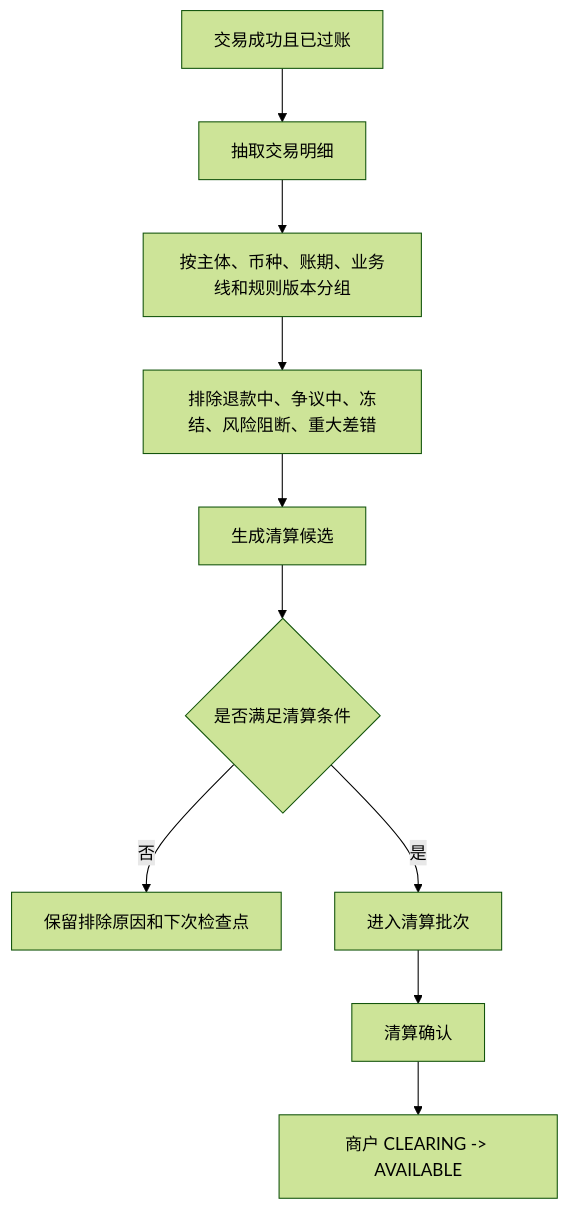
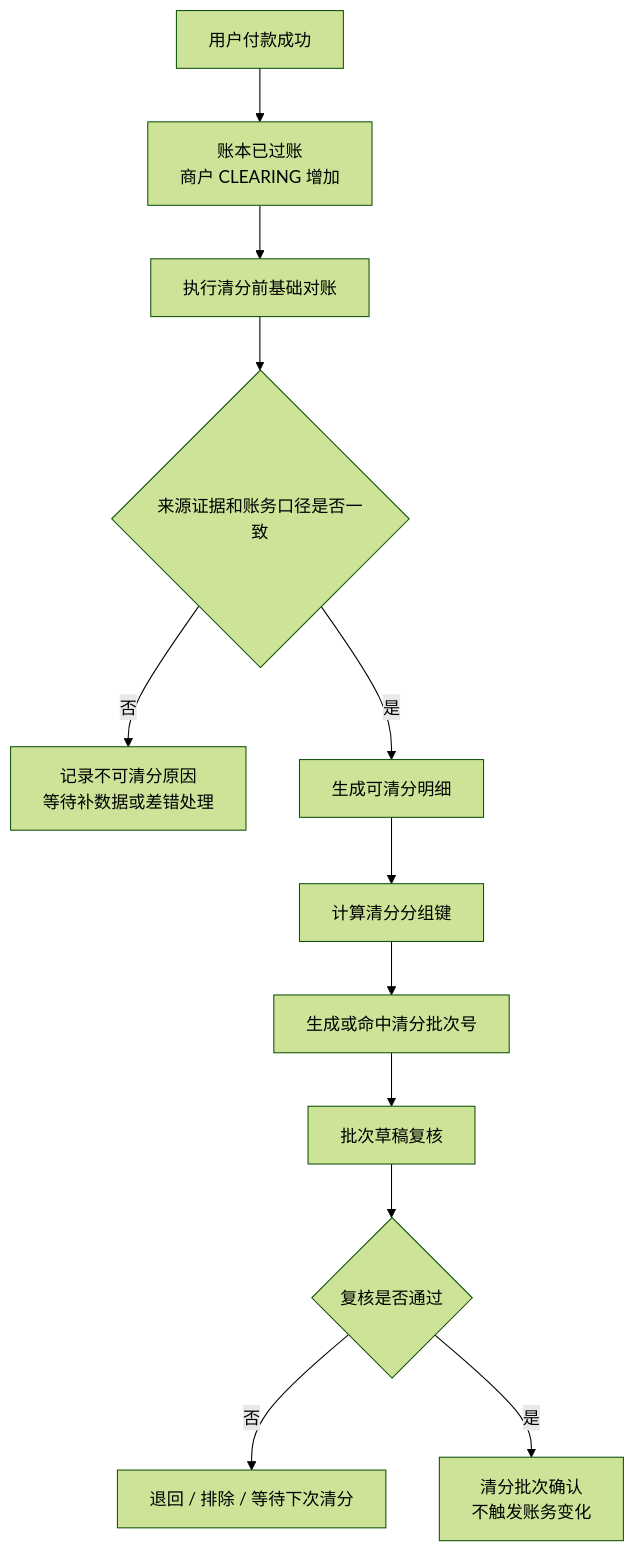
Before and after one commit to fengwuxp/wind-funds: the fourth of 13 diagrams in docs/产品设计/03-清结算与对账.md, drawn with Mermaid (forest theme). The commit also changed other lines of this file and 16 other files, not shown here.

````diff
--- a/docs/产品设计/03-清结算与对账.md
+++ b/docs/产品设计/03-清结算与对账.md
@@ -103,12 +168,14 @@
 ```mermaid
 flowchart TD
-    A["交易成功且已过账"] --> B["抽取交易明细"]
-    B --> C["按主体、币种、账期、业务线和规则版本分组"]
-    C --> D["排除退款中、争议中、冻结、风险阻断、重大差错"]
-    D --> E["生成清算候选"]
-    E --> F{"是否满足清算条件"}
-    F -- "否" --> G["保留排除原因和下次检查点"]
-    F -- "是" --> H["进入清算批次"]
-    H --> I["清算确认"]
-    I --> J["商户 CLEARING -> AVAILABLE"]
+    A["用户付款成功"] --> B["账本已过账\n商户 CLEARING 增加"]
+    B --> C["执行清分前基础对账"]
+    C --> D{"来源证据和账务口径是否一致"}
+    D -- "否" --> E["记录不可清分原因\n等待补数据或差错处理"]
+    D -- "是" --> F["生成可清分明细"]
+    F --> G["计算清分分组键"]
+    G --> H["生成或命中清分批次号"]
+    H --> I["批次草稿复核"]
+    I --> J{"复核是否通过"}
+    J -- "否" --> K["退回 / 排除 / 等待下次清分"]
+    J -- "是" --> L["清分批次确认\n不触发账务变化"]
 ```
````
